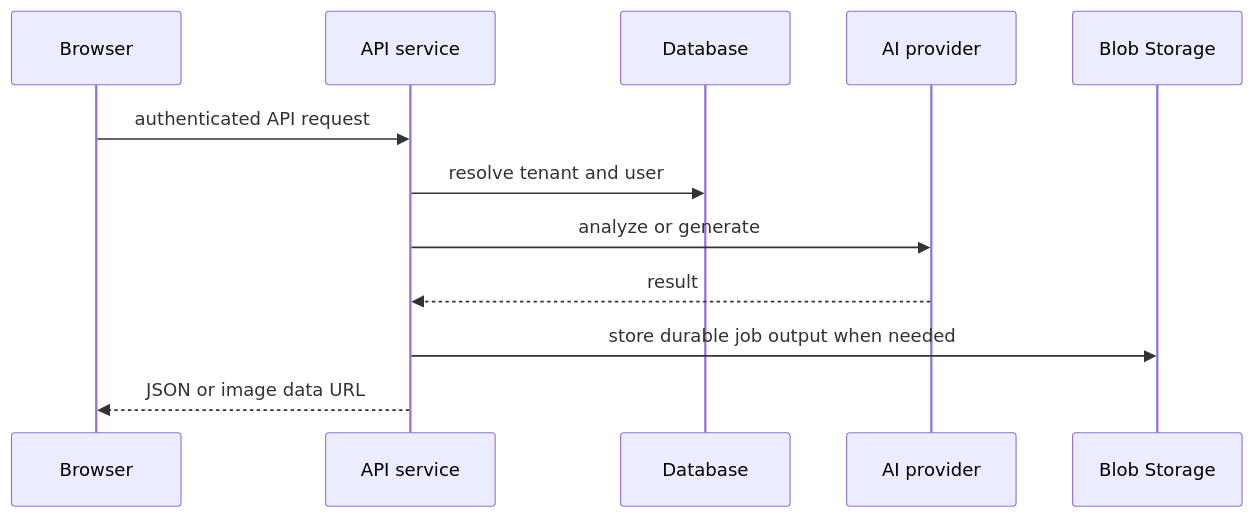
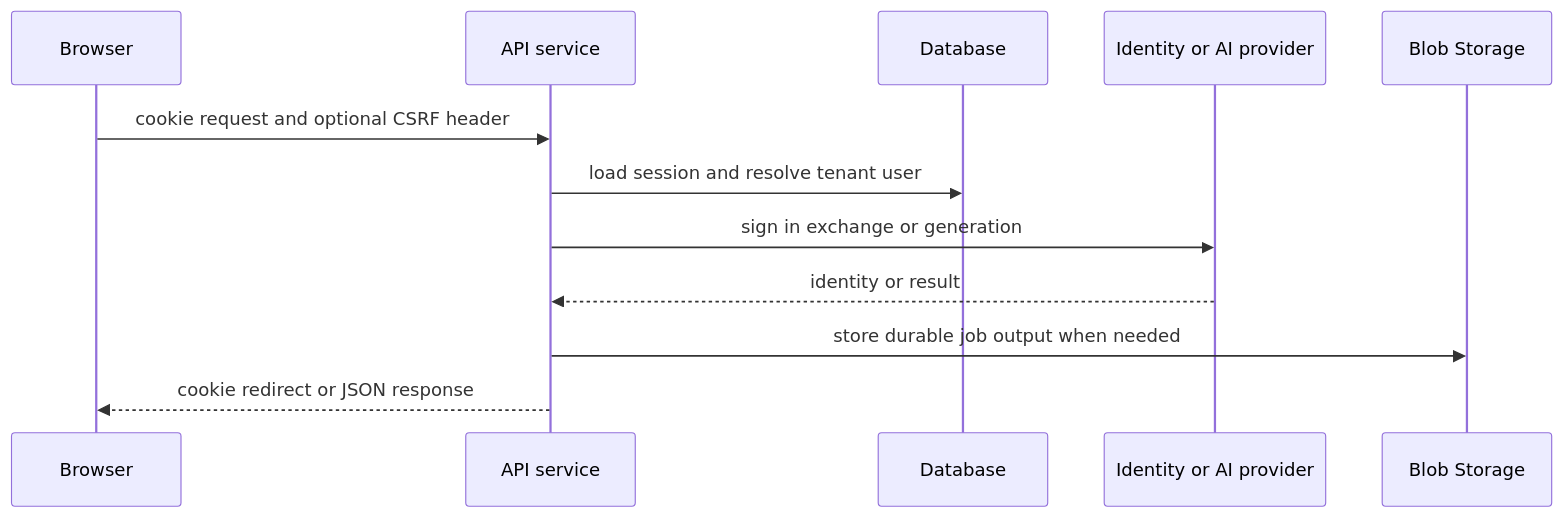
Before and after one commit to tony30552001/Genpic-master: the diagram in openwiki/architecture/overview.md, drawn with Mermaid. The commit also changed other lines of this file and 54 other files, not shown here.

````diff
--- a/openwiki/architecture/overview.md
+++ b/openwiki/architecture/overview.md
@@ -12,14 +17,14 @@
 ```mermaid
 sequenceDiagram
   participant Browser
   participant Api as API service
   participant Database
-  participant Provider as AI provider
+  participant Provider as Identity or AI provider
   participant Storage as Blob Storage
-  Browser->>Api: authenticated API request
-  Api->>Database: resolve tenant and user
-  Api->>Provider: analyze or generate
-  Provider-->>Api: result
+  Browser->>Api: cookie request and optional CSRF header
+  Api->>Database: load session and resolve tenant user
+  Api->>Provider: sign in exchange or generation
+  Provider-->>Api: identity or result
   Api->>Storage: store durable job output when needed
-  Api-->>Browser: JSON or image data URL
+  Api-->>Browser: cookie redirect or JSON response
 ```
````
